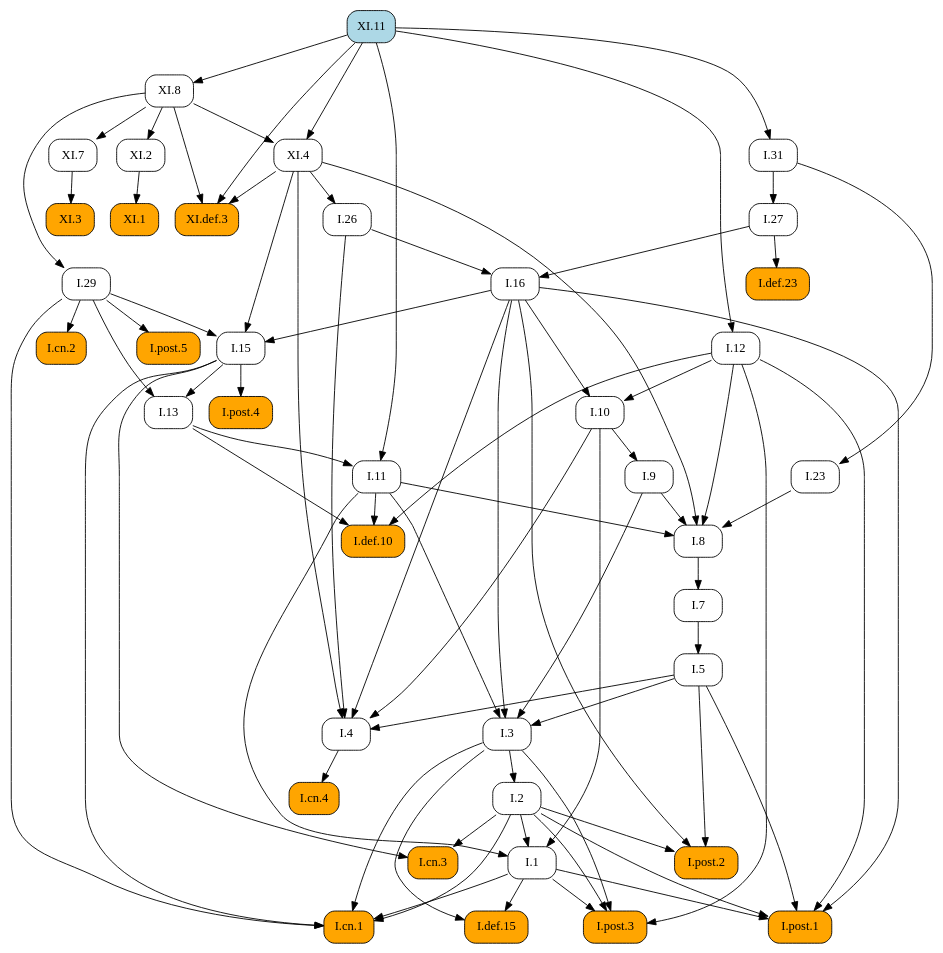
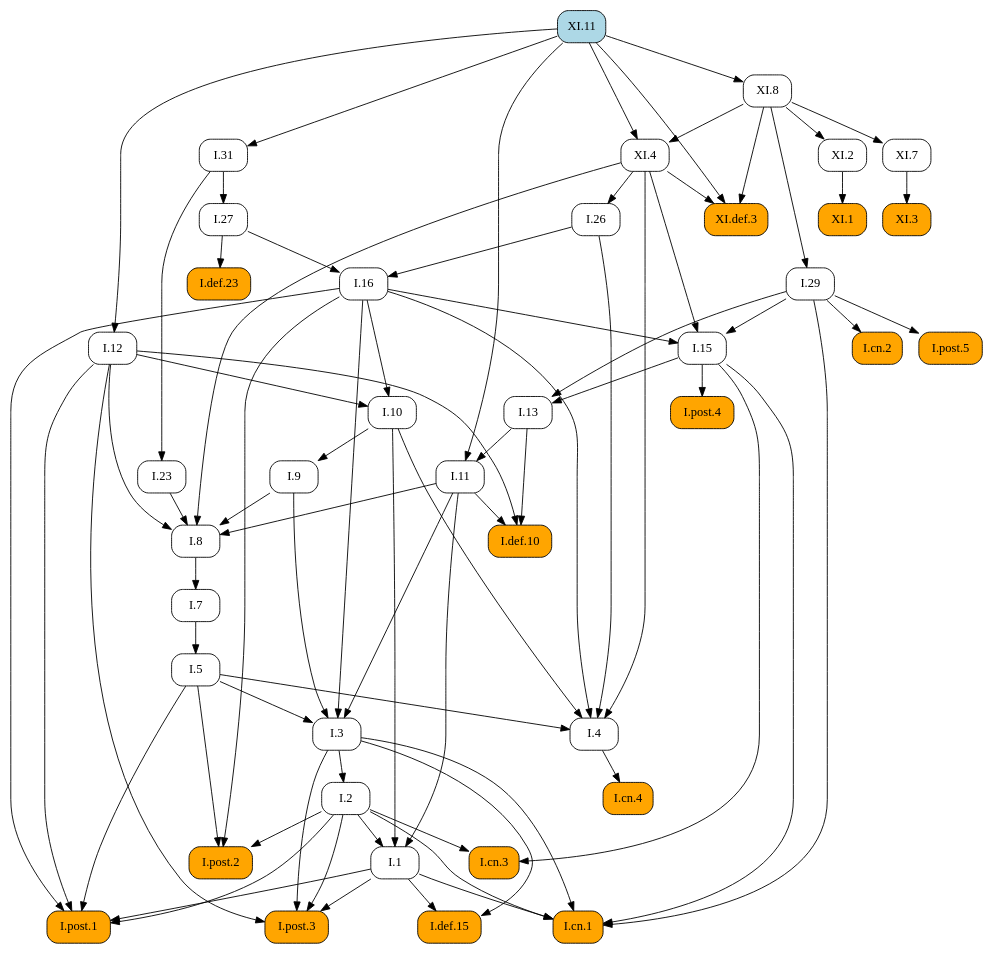
The diagram in docsrc/heath/XI/11/index.rst (geometor/elements), drawn with Graphviz before and after one commit. The commit also changed other lines of this file and 484 other files, not shown here.

```diff
--- a/docsrc/heath/XI/11/index.rst
+++ b/docsrc/heath/XI/11/index.rst
@@ -49,120 +49,120 @@
    digraph {
      rankdir="TB";
      node [shape=box, style=rounded];
+     "I.23" [URL="/heath/I/23/", target="_top"];
+     "I.9" [URL="/heath/I/9/", target="_top"];
+     "XI.4" [URL="/heath/XI/4/", target="_top"];
+     "I.def.15" [style="rounded,filled", fillcolor=orange, URL="/heath/I/def.15/", target="_top"];
+     "XI.8" [URL="/heath/XI/8/", target="_top"];
+     "I.post.3" [style="rounded,filled", fillcolor=orange, URL="/heath/I/post.3/", target="_top"];
+     "I.post.1" [style="rounded,filled", fillcolor=orange, URL="/heath/I/post.1/", target="_top"];
+     "XI.3" [style="rounded,filled", fillcolor=orange, URL="/heath/XI/3/", target="_top"];
+     "I.31" [URL="/heath/I/31/", target="_top"];
      "I.def.10" [style="rounded,filled", fillcolor=orange, URL="/heath/I/def.10/", target="_top"];
+     "XI.def.3" [style="rounded,filled", fillcolor=orange, URL="/heath/XI/def.3/", target="_top"];
+     "I.27" [URL="/heath/I/27/", target="_top"];
+     "XI.2" [URL="/heath/XI/2/", target="_top"];
+     "XI.7" [URL="/heath/XI/7/", target="_top"];
+     "I.3" [URL="/heath/I/3/", target="_top"];
+     "I.cn.1" [style="rounded,filled", fillcolor=orange, URL="/heath/I/cn.1/", target="_top"];
+     "I.7" [URL="/heath/I/7/", target="_top"];
+     "I.2" [URL="/heath/I/2/", target="_top"];
+     "I.13" [URL="/heath/I/13/", target="_top"];
+     "I.post.4" [style="rounded,filled", fillcolor=orange, URL="/heath/I/post.4/", target="_top"];
+     "I.4" [URL="/heath/I/4/", target="_top"];
+     "I.1" [URL="/heath/I/1/", target="_top"];
+     "I.5" [URL="/heath/I/5/", target="_top"];
+     "I.8" [URL="/heath/I/8/", target="_top"];
+     "I.29" [URL="/heath/I/29/", target="_top"];
+     "I.cn.3" [style="rounded,filled", fillcolor=orange, URL="/heath/I/cn.3/", target="_top"];
+     "I.16" [URL="/heath/I/16/", target="_top"];
+     "I.15" [URL="/heath/I/15/", target="_top"];
+     "I.10" [URL="/heath/I/10/", target="_top"];
      "I.11" [URL="/heath/I/11/", target="_top"];
-     "XI.def.3" [style="rounded,filled", fillcolor=orange, URL="/heath/XI/def.3/", target="_top"];
-     "I.1" [URL="/heath/I/1/", target="_top"];
-     "I.post.4" [style="rounded,filled", fillcolor=orange, URL="/heath/I/post.4/", target="_top"];
+     "I.def.23" [style="rounded,filled", fillcolor=orange, URL="/heath/I/def.23/", target="_top"];
+     "I.cn.2" [style="rounded,filled", fillcolor=orange, URL="/heath/I/cn.2/", target="_top"];
+     "I.post.5" [style="rounded,filled", fillcolor=orange, URL="/heath/I/post.5/", target="_top"];
+     "I.12" [URL="/heath/I/12/", target="_top"];
+     "I.cn.4" [style="rounded,filled", fillcolor=orange, URL="/heath/I/cn.4/", target="_top"];
+     "XI.1" [style="rounded,filled", fillcolor=orange, URL="/heath/XI/1/", target="_top"];
+     "I.post.2" [style="rounded,filled", fillcolor=orange, URL="/heath/I/post.2/", target="_top"];
+     "XI.11" [style="rounded,filled", fillcolor=lightblue, URL="/heath/XI/11/", target="_top"];
      "I.26" [URL="/heath/I/26/", target="_top"];
-     "XI.7" [URL="/heath/XI/7/", target="_top"];
-     "I.29" [URL="/heath/I/29/", target="_top"];
-     "I.cn.2" [style="rounded,filled", fillcolor=orange, URL="/heath/I/cn.2/", target="_top"];
-     "XI.8" [URL="/heath/XI/8/", target="_top"];
-     "I.def.15" [style="rounded,filled", fillcolor=orange, URL="/heath/I/def.15/", target="_top"];
-     "I.post.3" [style="rounded,filled", fillcolor=orange, URL="/heath/I/post.3/", target="_top"];
-     "XI.11" [style="rounded,filled", fillcolor=lightblue, URL="/heath/XI/11/", target="_top"];
-     "XI.1" [style="rounded,filled", fillcolor=orange, URL="/heath/XI/1/", target="_top"];
-     "I.cn.1" [style="rounded,filled", fillcolor=orange, URL="/heath/I/cn.1/", target="_top"];
-     "I.cn.3" [style="rounded,filled", fillcolor=orange, URL="/heath/I/cn.3/", target="_top"];
-     "XI.2" [URL="/heath/XI/2/", target="_top"];
-     "I.23" [URL="/heath/I/23/", target="_top"];
-     "I.post.1" [style="rounded,filled", fillcolor=orange, URL="/heath/I/post.1/", target="_top"];
-     "I.27" [URL="/heath/I/27/", target="_top"];
-     "I.7" [URL="/heath/I/7/", target="_top"];
-     "I.3" [URL="/heath/I/3/", target="_top"];
-     "I.2" [URL="/heath/I/2/", target="_top"];
-     "I.4" [URL="/heath/I/4/", target="_top"];
-     "I.def.23" [style="rounded,filled", fillcolor=orange, URL="/heath/I/def.23/", target="_top"];
-     "I.13" [URL="/heath/I/13/", target="_top"];
-     "I.12" [URL="/heath/I/12/", target="_top"];
-     "I.31" [URL="/heath/I/31/", target="_top"];
-     "I.post.2" [style="rounded,filled", fillcolor=orange, URL="/heath/I/post.2/", target="_top"];
-     "I.16" [URL="/heath/I/16/", target="_top"];
-     "I.9" [URL="/heath/I/9/", target="_top"];
-     "I.8" [URL="/heath/I/8/", target="_top"];
-     "I.cn.4" [style="rounded,filled", fillcolor=orange, URL="/heath/I/cn.4/", target="_top"];
-     "I.15" [URL="/heath/I/15/", target="_top"];
-     "XI.4" [URL="/heath/XI/4/", target="_top"];
-     "I.post.5" [style="rounded,filled", fillcolor=orange, URL="/heath/I/post.5/", target="_top"];
-     "I.10" [URL="/heath/I/10/", target="_top"];
-     "I.5" [URL="/heath/I/5/", target="_top"];
-     "XI.3" [style="rounded,filled", fillcolor=orange, URL="/heath/XI/3/", target="_top"];
-     "I.11" -> "I.def.10";
-     "I.12" -> "I.def.10";
-     "I.13" -> "I.def.10";
-     "I.13" -> "I.11";
-     "XI.11" -> "I.11";
-     "XI.4" -> "XI.def.3";
-     "XI.8" -> "XI.def.3";
-     "XI.11" -> "XI.def.3";
-     "I.2" -> "I.1";
-     "I.10" -> "I.1";
-     "I.11" -> "I.1";
-     "I.15" -> "I.post.4";
-     "XI.4" -> "I.26";
-     "XI.8" -> "XI.7";
-     "XI.8" -> "I.29";
-     "I.29" -> "I.cn.2";
-     "XI.11" -> "XI.8";
+     "I.31" -> "I.23";
+     "I.10" -> "I.9";
+     "XI.8" -> "XI.4";
+     "XI.11" -> "XI.4";
      "I.1" -> "I.def.15";
      "I.3" -> "I.def.15";
+     "XI.11" -> "XI.8";
      "I.1" -> "I.post.3";
      "I.2" -> "I.post.3";
      "I.3" -> "I.post.3";
      "I.12" -> "I.post.3";
-     "XI.2" -> "XI.1";
+     "I.1" -> "I.post.1";
+     "I.2" -> "I.post.1";
+     "I.5" -> "I.post.1";
+     "I.12" -> "I.post.1";
+     "I.16" -> "I.post.1";
+     "XI.7" -> "XI.3";
+     "XI.11" -> "I.31";
+     "I.11" -> "I.def.10";
+     "I.12" -> "I.def.10";
+     "I.13" -> "I.def.10";
+     "XI.4" -> "XI.def.3";
+     "XI.8" -> "XI.def.3";
+     "XI.11" -> "XI.def.3";
+     "I.31" -> "I.27";
+     "XI.8" -> "XI.2";
+     "XI.8" -> "XI.7";
+     "I.5" -> "I.3";
+     "I.9" -> "I.3";
+     "I.11" -> "I.3";
+     "I.16" -> "I.3";
      "I.1" -> "I.cn.1";
      "I.2" -> "I.cn.1";
      "I.3" -> "I.cn.1";
      "I.15" -> "I.cn.1";
      "I.29" -> "I.cn.1";
-     "I.2" -> "I.cn.3";
-     "I.15" -> "I.cn.3";
-     "XI.8" -> "XI.2";
-     "I.31" -> "I.23";
-     "I.1" -> "I.post.1";
-     "I.2" -> "I.post.1";
-     "I.5" -> "I.post.1";
-     "I.12" -> "I.post.1";
-     "I.16" -> "I.post.1";
-     "I.31" -> "I.27";
      "I.8" -> "I.7";
-     "I.5" -> "I.3";
-     "I.9" -> "I.3";
-     "I.11" -> "I.3";
-     "I.16" -> "I.3";
      "I.3" -> "I.2";
+     "I.15" -> "I.13";
+     "I.29" -> "I.13";
+     "I.15" -> "I.post.4";
      "I.5" -> "I.4";
      "I.10" -> "I.4";
      "I.16" -> "I.4";
      "I.26" -> "I.4";
      "XI.4" -> "I.4";
-     "I.27" -> "I.def.23";
-     "I.15" -> "I.13";
-     "I.29" -> "I.13";
-     "XI.11" -> "I.12";
-     "XI.11" -> "I.31";
-     "I.2" -> "I.post.2";
-     "I.5" -> "I.post.2";
-     "I.16" -> "I.post.2";
-     "I.26" -> "I.16";
-     "I.27" -> "I.16";
-     "I.10" -> "I.9";
+     "I.2" -> "I.1";
+     "I.10" -> "I.1";
+     "I.11" -> "I.1";
+     "I.7" -> "I.5";
      "I.9" -> "I.8";
      "I.11" -> "I.8";
      "I.12" -> "I.8";
      "I.23" -> "I.8";
      "XI.4" -> "I.8";
-     "I.4" -> "I.cn.4";
+     "XI.8" -> "I.29";
+     "I.2" -> "I.cn.3";
+     "I.15" -> "I.cn.3";
+     "I.26" -> "I.16";
+     "I.27" -> "I.16";
      "I.16" -> "I.15";
      "I.29" -> "I.15";
      "XI.4" -> "I.15";
-     "XI.8" -> "XI.4";
-     "XI.11" -> "XI.4";
-     "I.29" -> "I.post.5";
      "I.12" -> "I.10";
      "I.16" -> "I.10";
-     "I.7" -> "I.5";
-     "XI.7" -> "XI.3";
+     "I.13" -> "I.11";
+     "XI.11" -> "I.11";
+     "I.27" -> "I.def.23";
+     "I.29" -> "I.cn.2";
+     "I.29" -> "I.post.5";
+     "XI.11" -> "I.12";
+     "I.4" -> "I.cn.4";
+     "XI.2" -> "XI.1";
+     "I.2" -> "I.post.2";
+     "I.5" -> "I.post.2";
+     "I.16" -> "I.post.2";
+     "XI.4" -> "I.26";
    }
```
